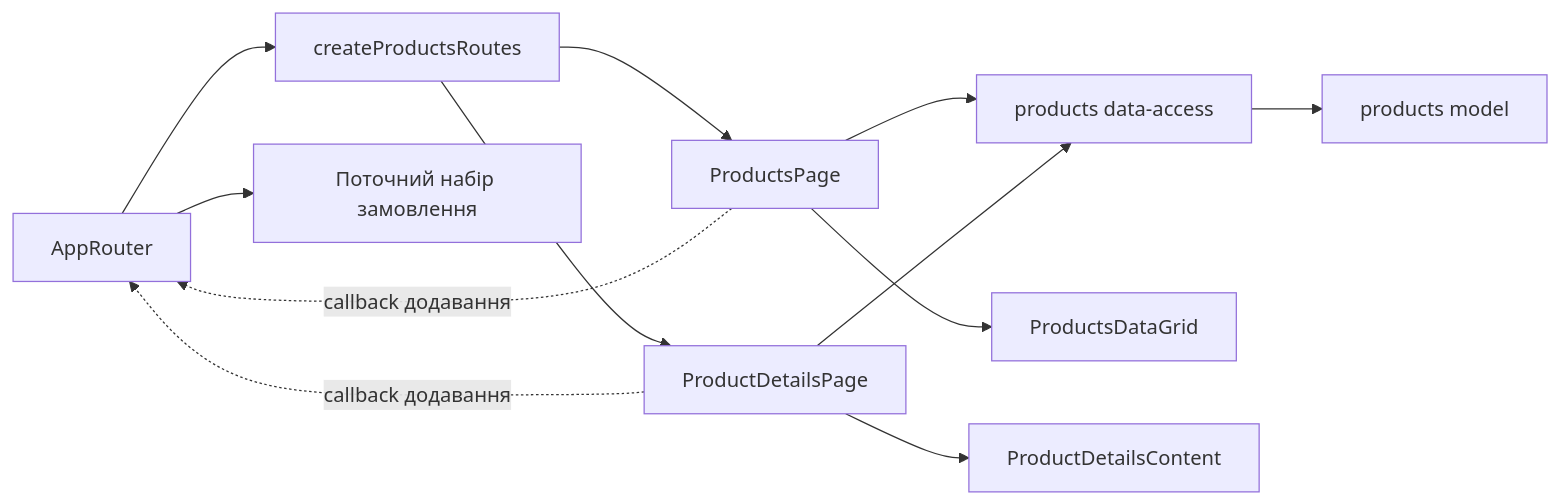
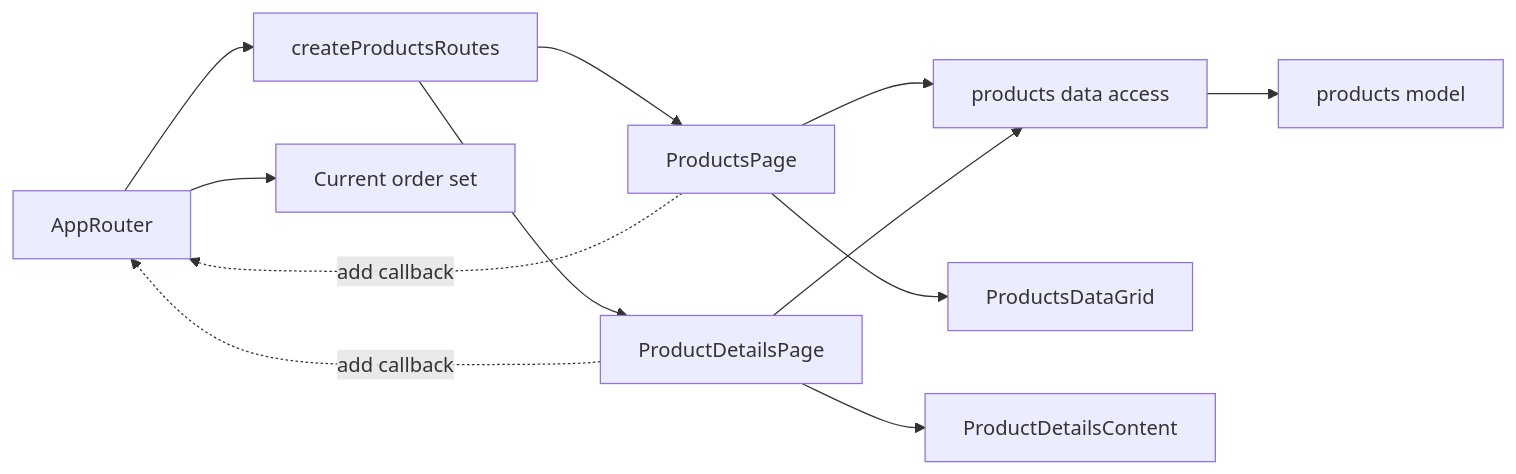
Before and after one commit to Weretik/kedr-web: the diagram in docs/features/admin/products.md, drawn with Mermaid. The commit also changed other lines of this file and 95 other files, not shown here.

Commit message:
docs(frontend): reconcile architecture and feature guidance

````diff
--- a/docs/features/admin/products.md
+++ b/docs/features/admin/products.md
@@ -11,14 +11,14 @@
 ```mermaid
 flowchart LR
     App[AppRouter] --> Routes[createProductsRoutes]
     Routes --> List[ProductsPage]
     Routes --> Detail[ProductDetailsPage]
-    List --> Api[products data-access]
+    List --> Api[products data access]
     Detail --> Api
     Api --> Model[products model]
     List --> Grid[ProductsDataGrid]
     Detail --> Content[ProductDetailsContent]
-    List -. callback додавання .-> App
-    Detail -. callback додавання .-> App
-    App --> Set[Поточний набір замовлення]
+    List -. add callback .-> App
+    Detail -. add callback .-> App
+    App --> Set[Current order set]
 ```
````
